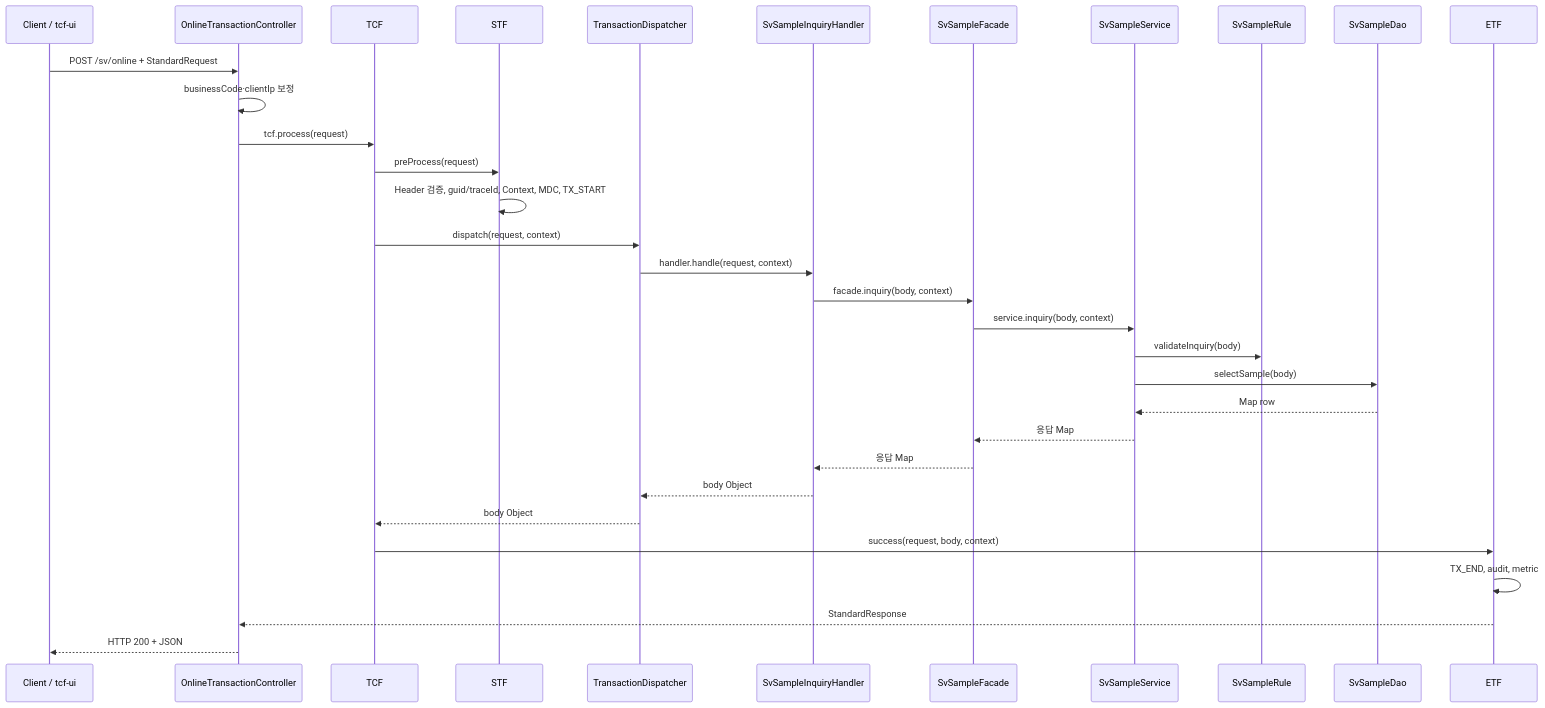
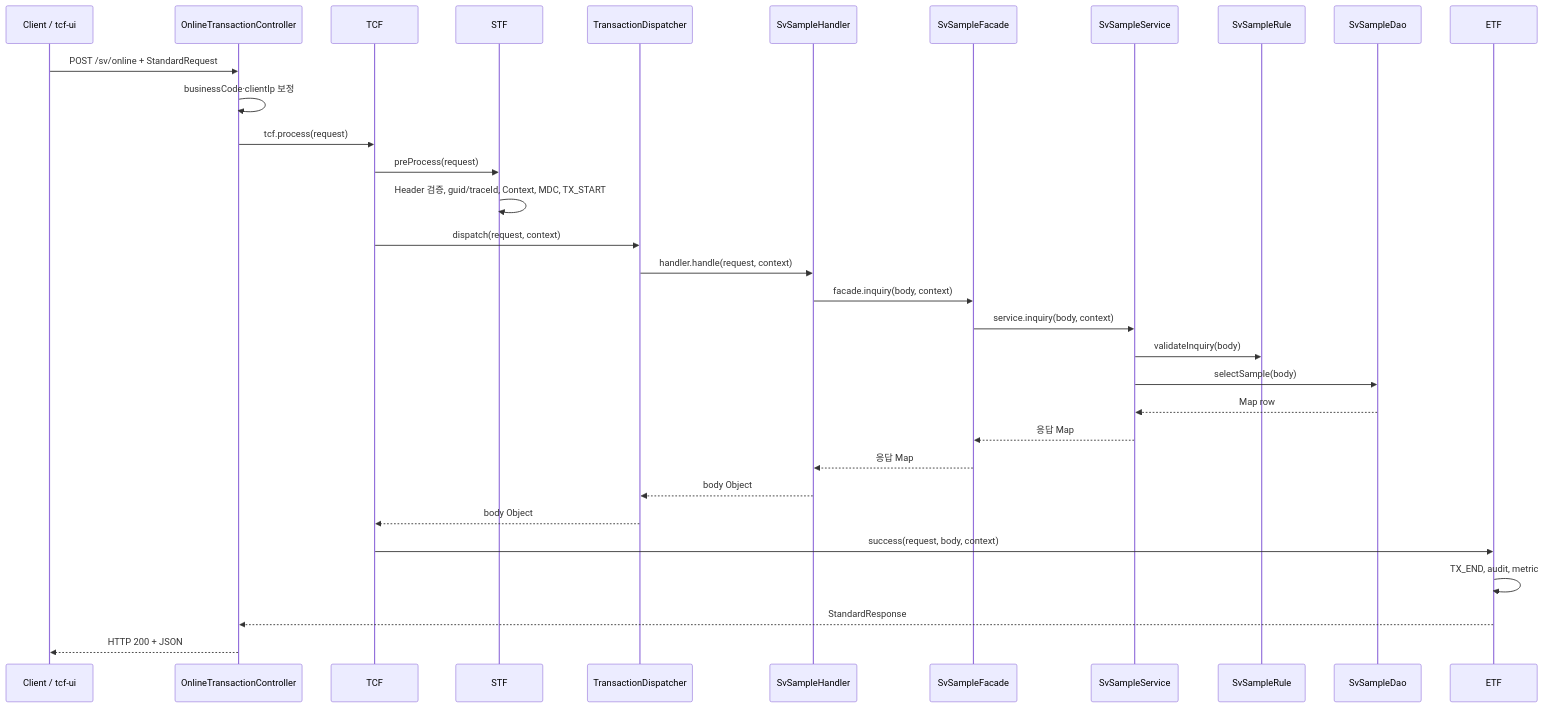
The diagram in docs/architecture/29-facade.md (changwskr/nsight-tcf-framework), drawn with Mermaid before and after one commit. The commit also changed other lines of this file and 185 other files, not shown here.

````diff
--- a/docs/architecture/29-facade.md
+++ b/docs/architecture/29-facade.md
@@ -47,35 +47,35 @@
 ```mermaid
 sequenceDiagram
     participant C as Client / tcf-ui
     participant W as OnlineTransactionController
     participant T as TCF
     participant S as STF
     participant D as TransactionDispatcher
-    participant H as SvSampleInquiryHandler
+    participant H as SvSampleHandler
     participant F as SvSampleFacade
     participant V as SvSampleService
     participant R as SvSampleRule
     participant A as SvSampleDao
     participant E as ETF
 
     C->>W: POST /sv/online + StandardRequest
     W->>W: businessCode·clientIp 보정
     W->>T: tcf.process(request)
     T->>S: preProcess(request)
     S->>S: Header 검증, guid/traceId, Context, MDC, TX_START
     T->>D: dispatch(request, context)
     D->>H: handler.handle(request, context)
     H->>F: facade.inquiry(body, context)
     F->>V: service.inquiry(body, context)
     V->>R: validateInquiry(body)
     V->>A: selectSample(body)
     A-->>V: Map row
     V-->>F: 응답 Map
     F-->>H: 응답 Map
     H-->>D: body Object
     D-->>T: body Object
     T->>E: success(request, body, context)
     E->>E: TX_END, audit, metric
     E-->>W: StandardResponse
     W-->>C: HTTP 200 + JSON
 ```
````
